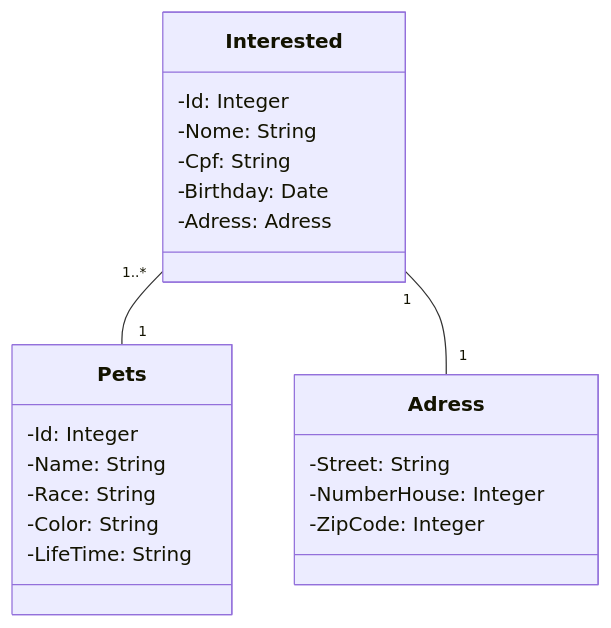
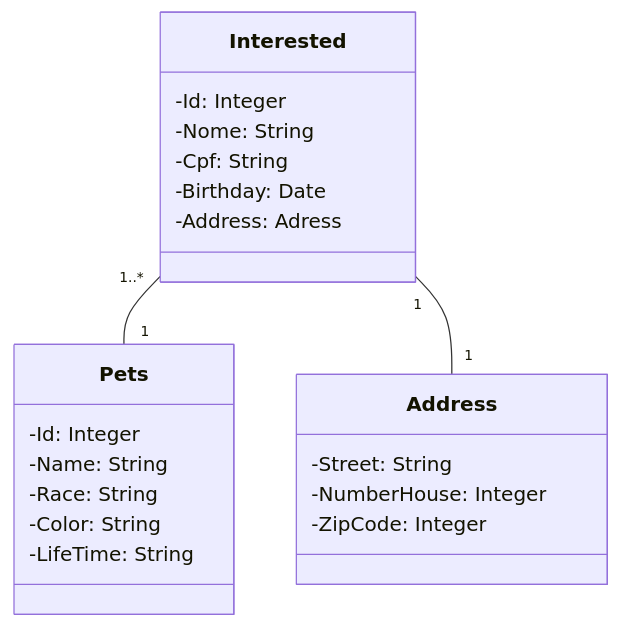
Before and after one commit to Lusigmes/me-adota: the diagram in README.md, drawn with Mermaid.

````diff
--- a/README.md
+++ b/README.md
@@ -8,26 +8,26 @@
 ```mermaid
 classDiagram
   class Interested {
     -Id: Integer
     -Nome: String
     -Cpf: String
     -Birthday: Date
-    -Adress: Adress
+    -Address: Adress
   }
-   class Adress{
+   class Address{
     -Street: String
     -NumberHouse: Integer
     -ZipCode: Integer
   }
 
   class Pets {
     -Id: Integer
     -Name: String
     -Race: String
     -Color: String
     -LifeTime: String
   }
 
   Interested "1..*" -- "1" Pets
-  Interested "1" -- "1" Adress
+  Interested "1" -- "1" Address
 ```
````
